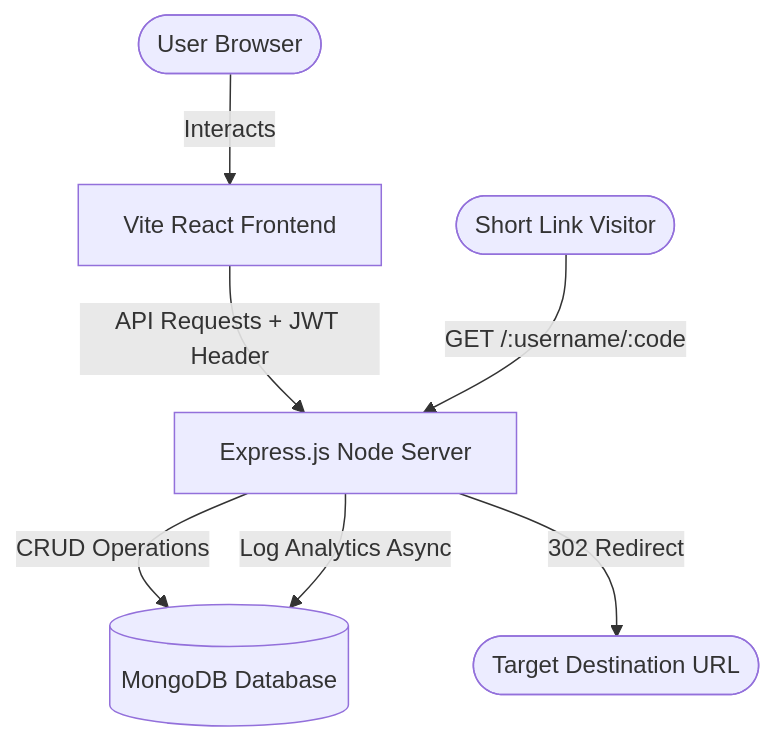
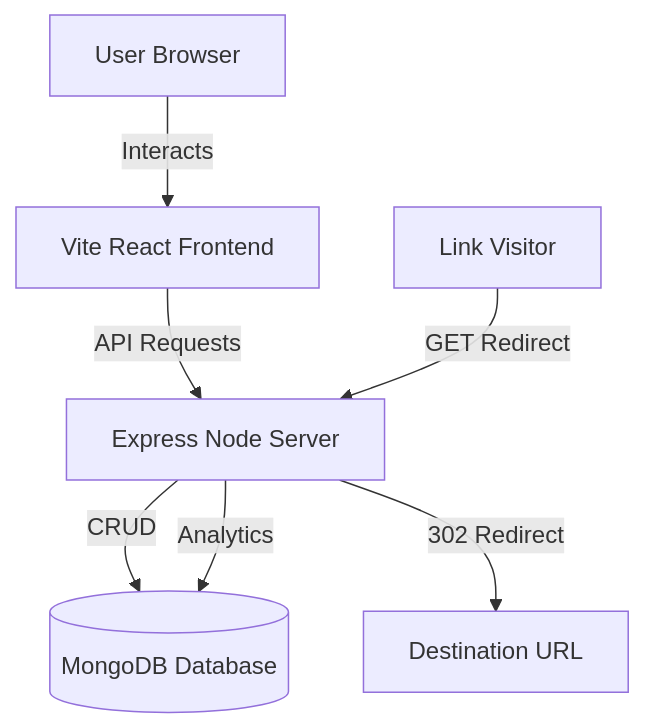
Before and after one commit to Dharshini-8/Zylink: the diagram in README.md, drawn with Mermaid.

Commit message:
Fix mermaid diagram rendering issue

````diff
--- a/README.md
+++ b/README.md
@@ -17,16 +17,16 @@
 ```mermaid
 graph TD
-    User([User Browser])
+    User[User Browser]
     Vite[Vite React Frontend]
-    Express[Express.js Node Server]
+    Express[Express Node Server]
     Mongo[(MongoDB Database)]
     
     User -->|Interacts| Vite
-    Vite -->|API Requests + JWT Header| Express
-    Express -->|CRUD Operations| Mongo
+    Vite -->|API Requests| Express
+    Express -->|CRUD| Mongo
     
-    Visitor([Short Link Visitor])
-    Visitor -->|GET /:username/:code| Express
-    Express -->|Log Analytics Async| Mongo
-    Express -->|302 Redirect| Dest([Target Destination URL])
+    Visitor[Link Visitor]
+    Visitor -->|GET Redirect| Express
+    Express -->|Analytics| Mongo
+    Express -->|302 Redirect| Dest[Destination URL]
 ```
````
